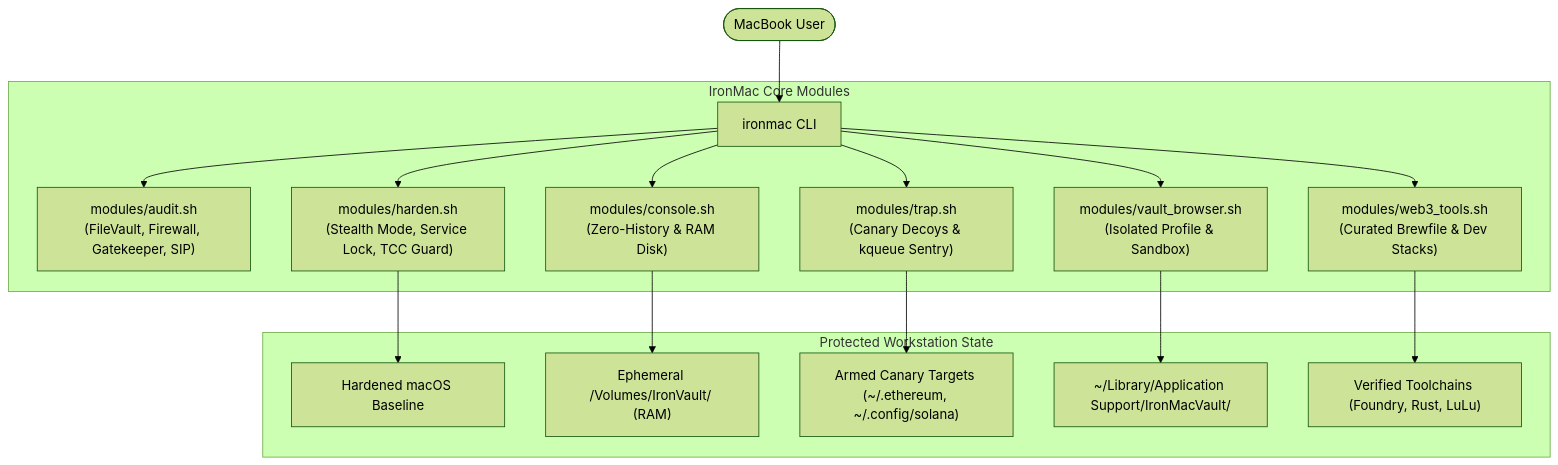
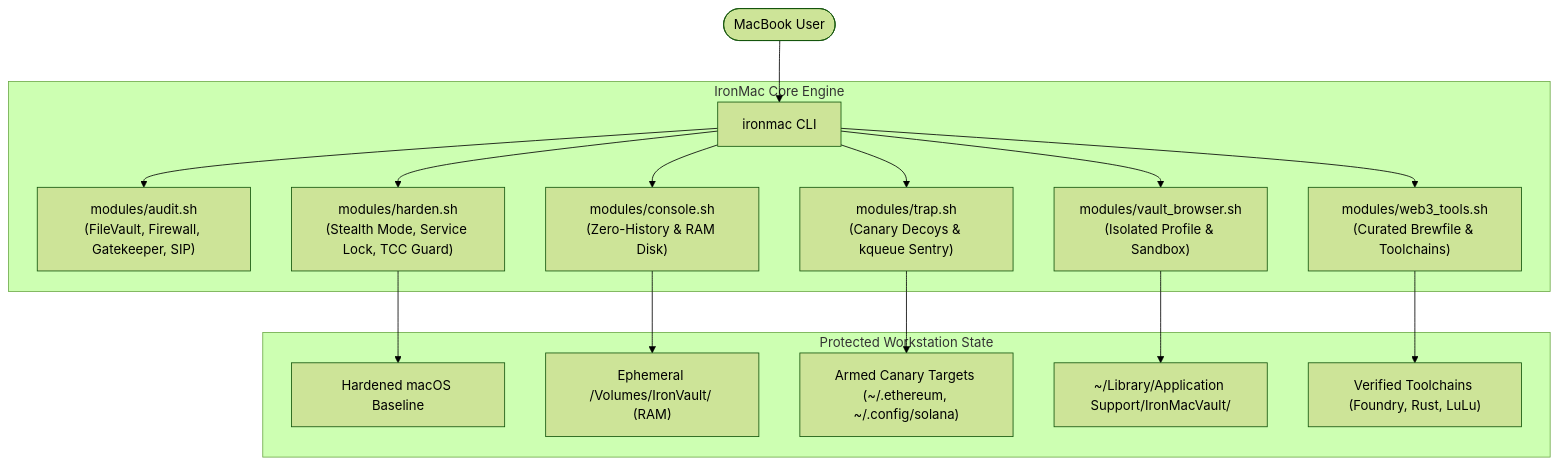
The diagram in README.md (0xaicrypto/ironmac), drawn with Mermaid (forest theme) before and after one commit. The commit also changed other lines of this file, not shown here.

````diff
--- a/README.md
+++ b/README.md
@@ -185,21 +223,21 @@
 ```mermaid
 flowchart TD
     User([MacBook User]) --> CLI["ironmac CLI"]
     
-    subgraph "IronMac Core Modules"
+    subgraph "IronMac Core Engine"
         CLI --> Audit["modules/audit.sh<br/>(FileVault, Firewall, Gatekeeper, SIP)"]
         CLI --> Harden["modules/harden.sh<br/>(Stealth Mode, Service Lock, TCC Guard)"]
         CLI --> Console["modules/console.sh<br/>(Zero-History & RAM Disk)"]
         CLI --> Trap["modules/trap.sh<br/>(Canary Decoys & kqueue Sentry)"]
         CLI --> VaultBrowser["modules/vault_browser.sh<br/>(Isolated Profile & Sandbox)"]
-        CLI --> Web3Tools["modules/web3_tools.sh<br/>(Curated Brewfile & Dev Stacks)"]
+        CLI --> Web3Tools["modules/web3_tools.sh<br/>(Curated Brewfile & Toolchains)"]
     end
     
     subgraph "Protected Workstation State"
         Harden --> SecOS["Hardened macOS Baseline"]
         Console --> RAMSpace["Ephemeral /Volumes/IronVault/ (RAM)"]
         Trap --> Tripwire["Armed Canary Targets (~/.ethereum, ~/.config/solana)"]
         VaultBrowser --> IsolatedData["~/Library/Application Support/IronMacVault/"]
         Web3Tools --> DevEnv["Verified Toolchains (Foundry, Rust, LuLu)"]
     end
 ```
````
